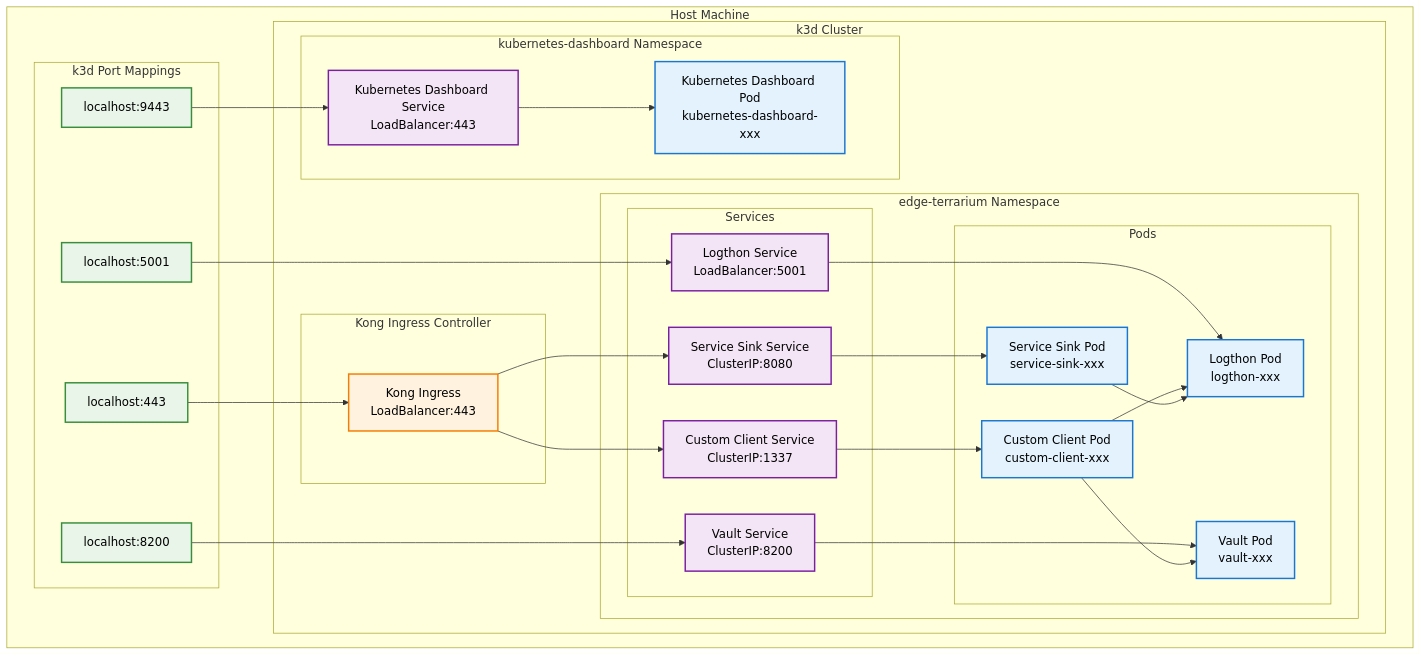
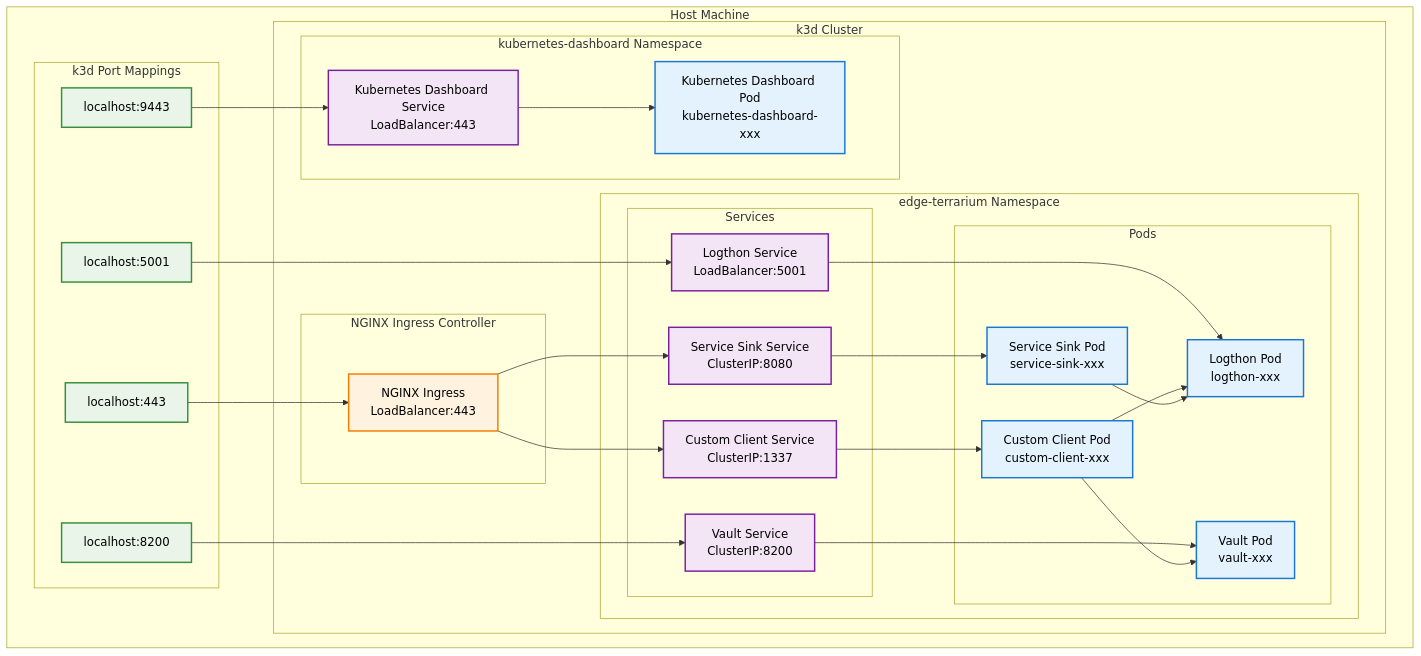
Before and after one commit to aztechead/edge-terrarium: the sixth of 10 diagrams in README.md, drawn with Mermaid. The commit also changed other lines of this file and 8 other files, not shown here.

````diff
--- a/README.md
+++ b/README.md
@@ -800,63 +800,63 @@
 ```mermaid
 %%{init: {'themeVariables': {'darkMode': true}}}%%
 graph TB
     subgraph "Host Machine"
         subgraph "k3d Cluster"
             subgraph "edge-terrarium Namespace"
                 subgraph "Pods"
                     CCP[Custom Client Pod<br/>custom-client-xxx]
                     SSP[Service Sink Pod<br/>service-sink-xxx]
                     LTP[Logthon Pod<br/>logthon-xxx]
                     VTP[Vault Pod<br/>vault-xxx]
                 end
                 subgraph "Services"
                     CCS[Custom Client Service<br/>ClusterIP:1337]
                     SSS[Service Sink Service<br/>ClusterIP:8080]
                     LTS[Logthon Service<br/>LoadBalancer:5001]
                     VTS[Vault Service<br/>ClusterIP:8200]
                 end
             end
-            subgraph "Kong Ingress Controller"
-                KIC[Kong Ingress<br/>LoadBalancer:443]
+            subgraph "NGINX Ingress Controller"
+                KIC[NGINX Ingress<br/>LoadBalancer:443]
             end
             subgraph "kubernetes-dashboard Namespace"
                 KDP[Kubernetes Dashboard Pod<br/>kubernetes-dashboard-xxx]
                 KDS[Kubernetes Dashboard Service<br/>LoadBalancer:443]
             end
         end
         subgraph "k3d Port Mappings"
             PM1[localhost:443]
             PM2[localhost:5001]
             PM3[localhost:8200]
             PM4[localhost:9443]
         end
     end
     
     PM1 --> KIC
     PM2 --> LTS
     PM3 --> VTS
     PM4 --> KDS
     
     KIC --> CCS
     KIC --> SSS
     CCS --> CCP
     SSS --> SSP
     LTS --> LTP
     VTS --> VTP
     
     CCP --> LTP
     SSP --> LTP
     CCP --> VTP
     KDS --> KDP
     
     classDef pod fill:#e3f2fd,stroke:#1976d2,stroke-width:2px,color:#000
     classDef service fill:#f3e5f5,stroke:#7b1fa2,stroke-width:2px,color:#000
     classDef ingress fill:#fff3e0,stroke:#f57c00,stroke-width:2px,color:#000
     classDef port fill:#e8f5e8,stroke:#388e3c,stroke-width:2px,color:#000
     classDef dashboard fill:#fce4ec,stroke:#c2185b,stroke-width:2px,color:#000
     
     class CCP,SSP,LTP,VTP,KDP pod
     class CCS,SSS,LTS,VTS,KDS service
     class KIC ingress
     class PM1,PM2,PM3,PM4 port
 ```
````
